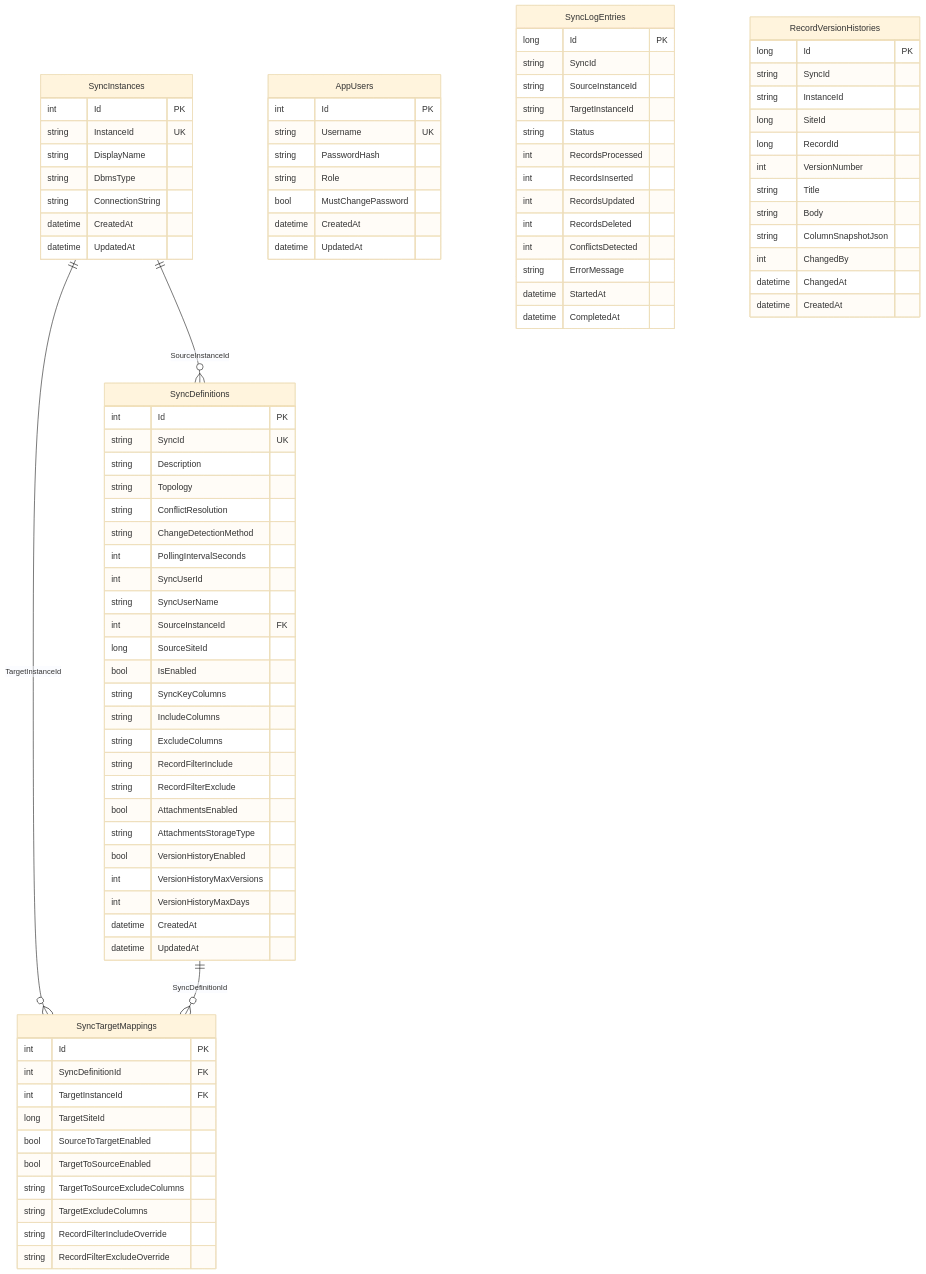
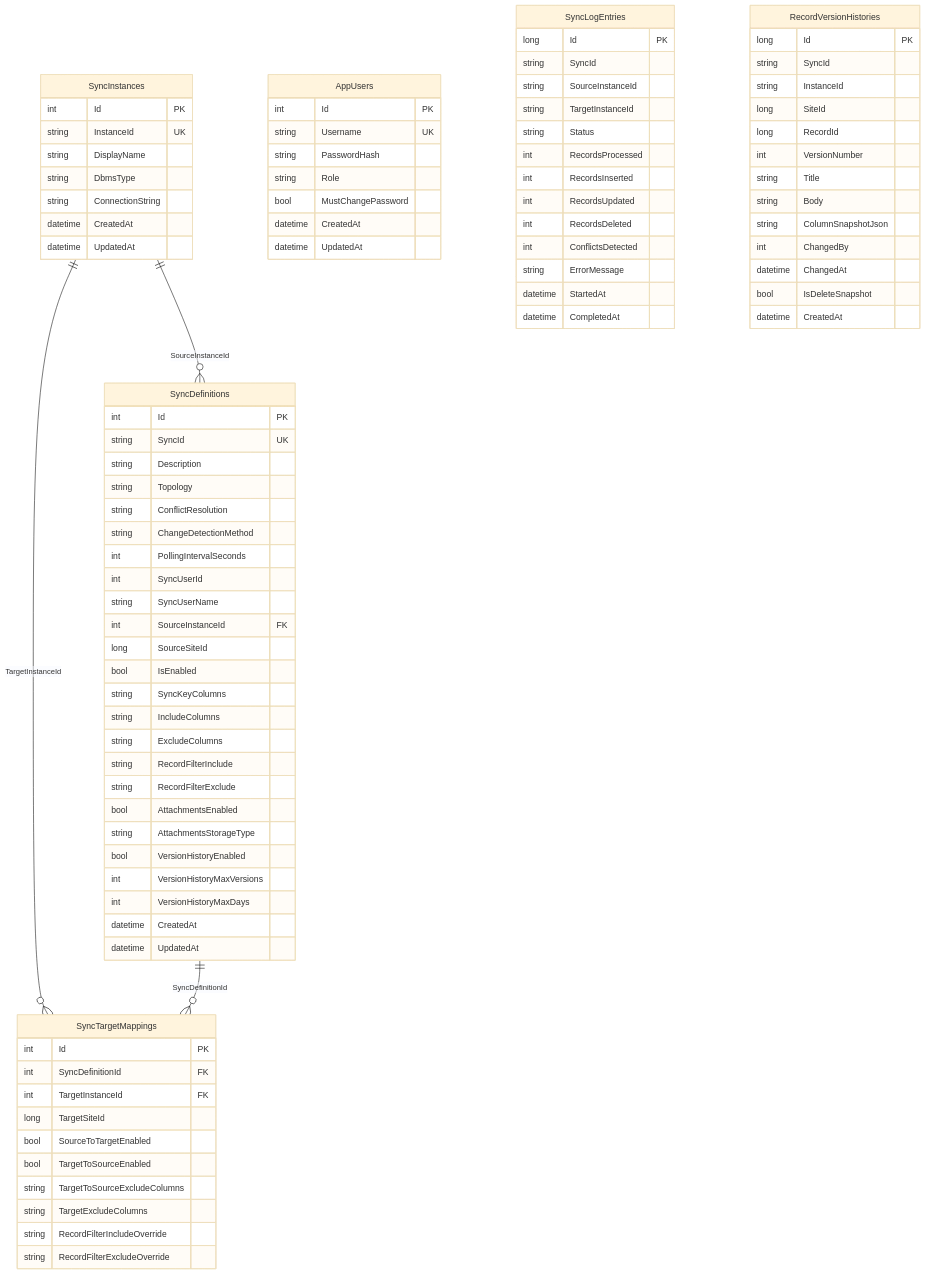
The diagram in docs/wiki/database-schema.md (vehiclevisionjp/VehicleVision.Pleasanter.ReplicaSync), drawn with Mermaid (base theme) before and after one commit. The commit also changed other lines of this file and 6 other files, not shown here.

````diff
--- a/docs/wiki/database-schema.md
+++ b/docs/wiki/database-schema.md
@@ -137,6 +137,7 @@
         string ColumnSnapshotJson
         int ChangedBy
         datetime ChangedAt
+        bool IsDeleteSnapshot
         datetime CreatedAt
     }
 ```
````
